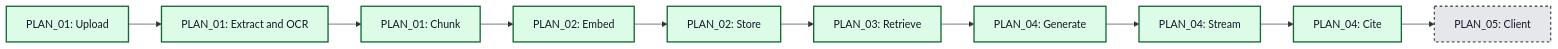
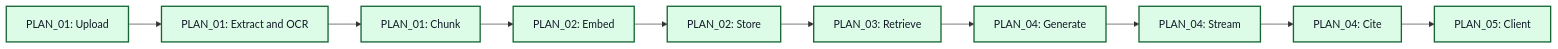
The diagram in prompts/PHASE_01/PHASE_01.md (RyxnDmello/atlas), drawn with Mermaid before and after one commit. The commit also changed other lines of this file and 16 other files, not shown here.

````diff
--- a/prompts/PHASE_01/PHASE_01.md
+++ b/prompts/PHASE_01/PHASE_01.md
@@ -30,16 +32,15 @@
 ```mermaid
 flowchart LR
     Upload["PLAN_01: Upload"] --> Extract["PLAN_01: Extract and OCR"]
     Extract --> Chunk["PLAN_01: Chunk"]
     Chunk --> Embed["PLAN_02: Embed"]
     Embed --> Store["PLAN_02: Store"]
     Store --> Retrieve["PLAN_03: Retrieve"]
     Retrieve --> Generate["PLAN_04: Generate"]
     Generate --> Stream["PLAN_04: Stream"]
     Stream --> Cite["PLAN_04: Cite"]
     Cite --> Client["PLAN_05: Client"]
     classDef built fill:#dcfce7,stroke:#166534,color:#111827,stroke-width:2px
-    classDef pending fill:#e5e7eb,stroke:#4b5563,color:#111827,stroke-width:2px,stroke-dasharray:4
     class Upload,Extract,Chunk,Embed,Store,Retrieve,Generate,Stream,Cite built
-    class Client pending
+    class Client built
 ```
````
